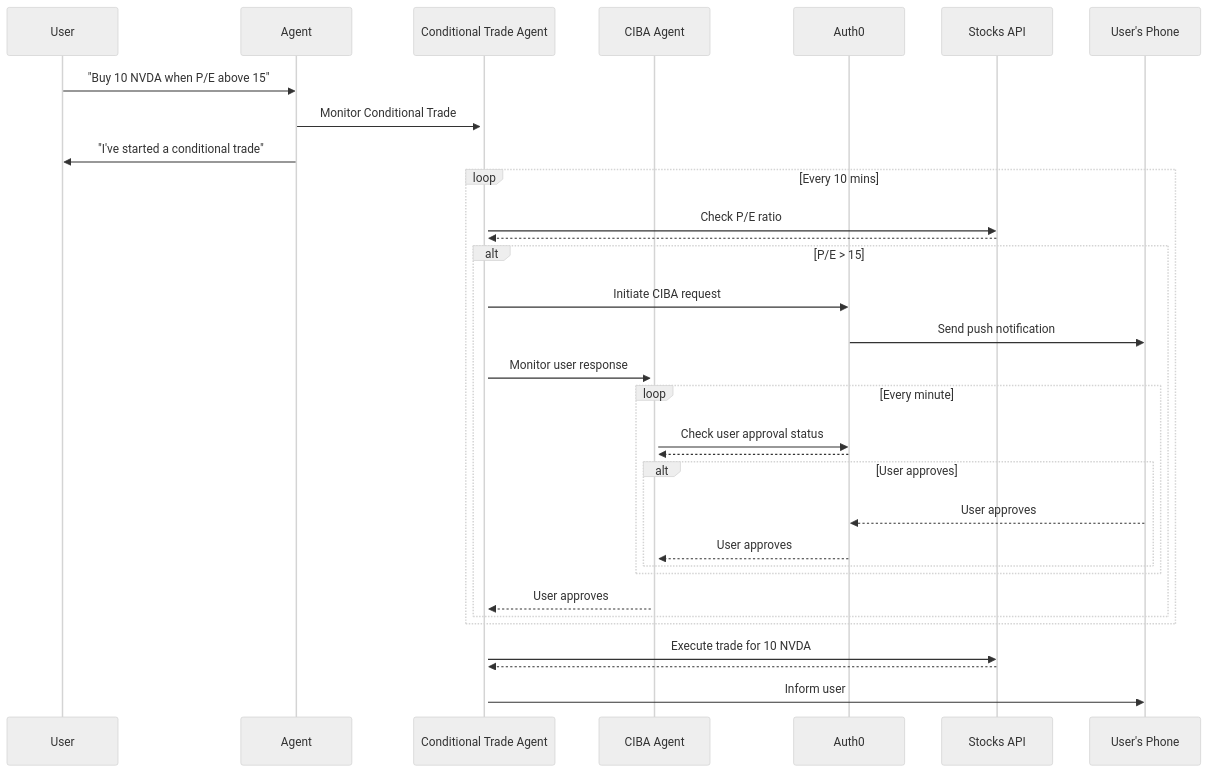
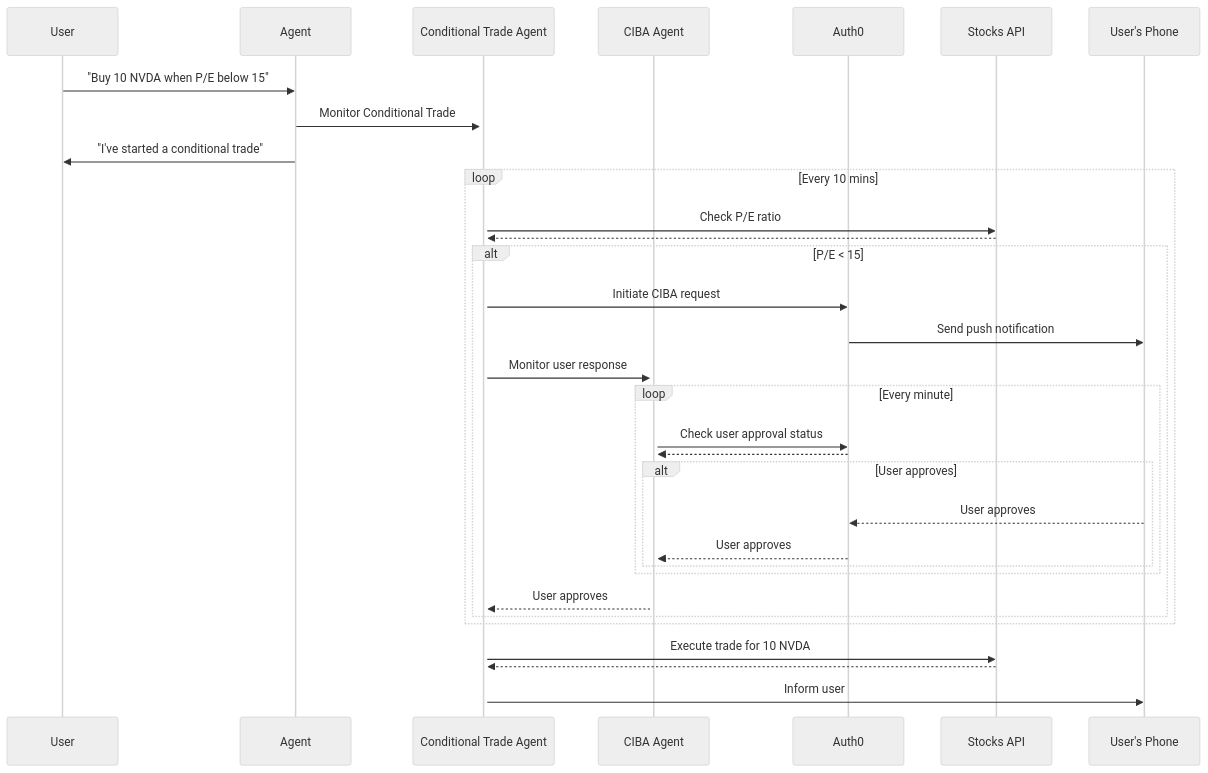
The diagram in examples/async-user-confirmation/langchain-examples/README.md (auth0-lab/auth0-ai-python), drawn with Mermaid (neutral theme) before and after one commit. The commit also changed other lines of this file and 3 other files, not shown here.

````diff
--- a/examples/async-user-confirmation/langchain-examples/README.md
+++ b/examples/async-user-confirmation/langchain-examples/README.md
@@ -67,35 +81,35 @@
 ```mermaid
 sequenceDiagram
     participant User
     participant Agent
     participant Conditional Trade Agent
     participant CIBA Agent
     participant Auth0
     participant Stocks API
     participant User's Phone
 
-    User->>Agent: "Buy 10 NVDA when P/E above 15"
+    User->>Agent: "Buy 10 NVDA when P/E below 15"
     Agent->>+Conditional Trade Agent: Monitor Conditional Trade
     Agent->>User: "I've started a conditional trade"
     loop Every 10 mins
         Conditional Trade Agent->>Stocks API: Check P/E ratio
         Stocks API-->>Conditional Trade Agent:
-        alt P/E > 15
+        alt P/E < 15
             Conditional Trade Agent->>Auth0: Initiate CIBA request
             Auth0->>User's Phone: Send push notification
             Conditional Trade Agent->>+CIBA Agent: Monitor user response
             loop Every minute
                 CIBA Agent->>Auth0: Check user approval status
                 Auth0-->>CIBA Agent:
                 alt User approves
                     User's Phone-->>Auth0: User approves
                     Auth0-->>CIBA Agent: User approves
                 end
             end
             CIBA Agent-->>Conditional Trade Agent: User approves
         end
     end
     Conditional Trade Agent->>Stocks API: Execute trade for 10 NVDA
     Stocks API-->>Conditional Trade Agent:
     Conditional Trade Agent->>User's Phone: Inform user
 ```
````
